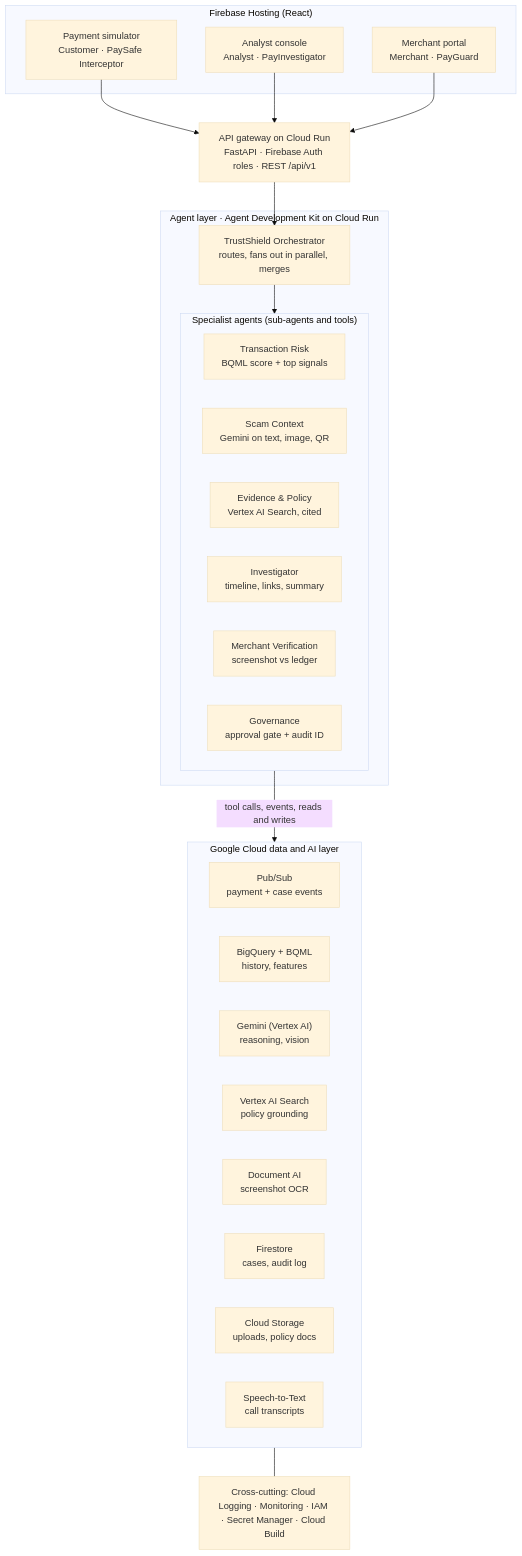
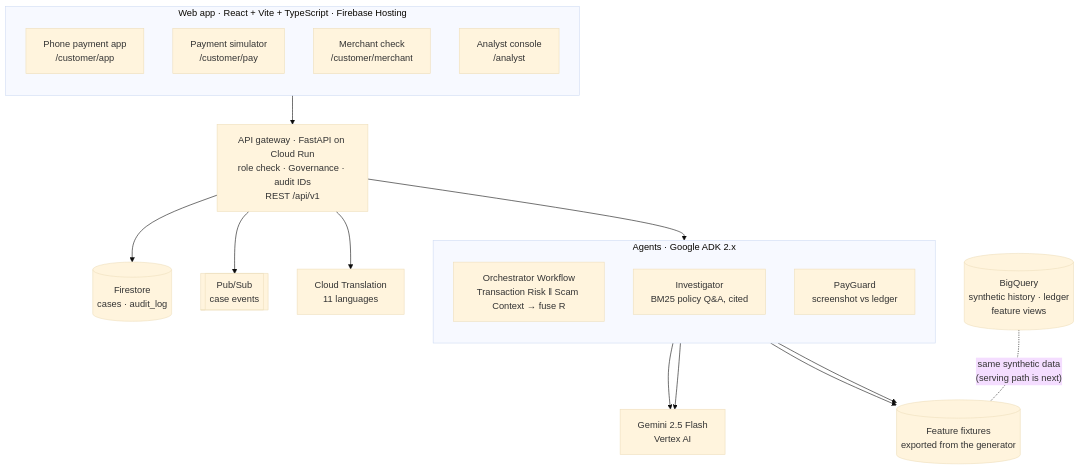
One commit to jahnavig03/Google-Pay-TrustShield changed the second of 2 diagrams in README.md. Above: the diagram before and after it, drawn with Mermaid (base theme). The commit also changed other lines of this file, not shown here.

````diff
--- a/README.md
+++ b/README.md
@@ -21,43 +269,37 @@
 ```mermaid
 flowchart TB
-    subgraph Clients["Firebase Hosting (React)"]
-        C1["Payment simulator<br/>Customer · PaySafe Interceptor"]
-        C2["Analyst console<br/>Analyst · PayInvestigator"]
-        C3["Merchant portal<br/>Merchant · PayGuard"]
+    subgraph WEB["Web app · React + Vite + TypeScript · Firebase Hosting"]
+        direction TB
+        PA["Phone payment app<br/>/customer/app"]
+        PS["Payment simulator<br/>/customer/pay"]
+        MC["Merchant check<br/>/customer/merchant"]
+        AC["Analyst console<br/>/analyst"]
     end
 
-    GW["API gateway on Cloud Run<br/>FastAPI · Firebase Auth roles · REST /api/v1"]
+    GW["API gateway · FastAPI on Cloud Run<br/>role check · Governance · audit IDs<br/>REST /api/v1"]
 
-    subgraph Agents["Agent layer · Agent Development Kit on Cloud Run"]
-        ORCH["TrustShield Orchestrator<br/>routes, fans out in parallel, merges"]
-        subgraph Specialists["Specialist agents (sub-agents and tools)"]
-            A1["Transaction Risk<br/>BQML score + top signals"]
-            A2["Scam Context<br/>Gemini on text, image, QR"]
-            A3["Evidence & Policy<br/>Vertex AI Search, cited"]
-            A4["Investigator<br/>timeline, links, summary"]
-            A5["Merchant Verification<br/>screenshot vs ledger"]
-            A6["Governance<br/>approval gate + audit ID"]
-        end
+    subgraph AG["Agents · Google ADK 2.x"]
+        direction TB
+        WF["Orchestrator Workflow<br/>Transaction Risk ‖ Scam Context → fuse R"]
+        INV["Investigator<br/>BM25 policy Q&A, cited"]
+        PG["PayGuard<br/>screenshot vs ledger"]
     end
 
-    subgraph Data["Google Cloud data and AI layer"]
-        D1["Pub/Sub<br/>payment + case events"]
-        D2["BigQuery + BQML<br/>history, features"]
-        D3["Gemini (Vertex AI)<br/>reasoning, vision"]
-        D4["Vertex AI Search<br/>policy grounding"]
-        D5["Document AI<br/>screenshot OCR"]
-        D6["Firestore<br/>cases, audit log"]
-        D7["Cloud Storage<br/>uploads, policy docs"]
-        D8["Speech-to-Text<br/>call transcripts"]
-    end
+    GEM["Gemini 2.5 Flash<br/>Vertex AI"]
+    FS[("Firestore<br/>cases · audit_log")]
+    PUB[["Pub/Sub<br/>case events"]]
+    TR["Cloud Translation<br/>11 languages"]
+    BQ[("BigQuery<br/>synthetic history · ledger<br/>feature views")]
+    FX[("Feature fixtures<br/>exported from the generator")]
 
-    OPS["Cross-cutting: Cloud Logging · Monitoring · IAM · Secret Manager · Cloud Build"]
-
-    C1 --> GW
-    C2 --> GW
-    C3 --> GW
-    GW --> ORCH
-    ORCH --> Specialists
-    Specialists -- "tool calls, events, reads and writes" --> Data
-    Data --- OPS
+    WEB --> GW
+    GW --> AG
+    GW --> FS
+    GW --> PUB
+    GW --> TR
+    WF --> GEM
+    PG --> GEM
+    WF --> FX
+    PG --> FX
+    BQ -. "same synthetic data<br/>(serving path is next)" .- FX
 ```
````
